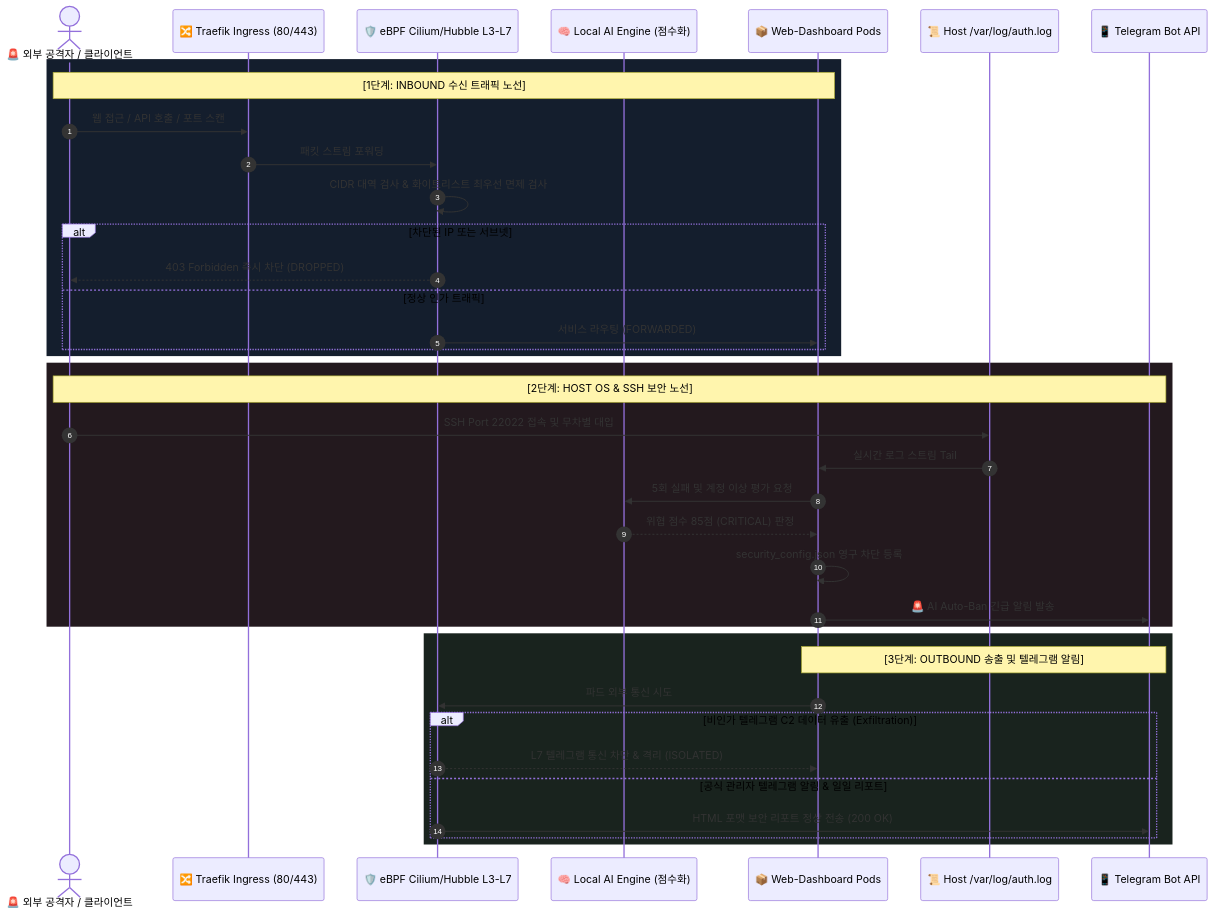
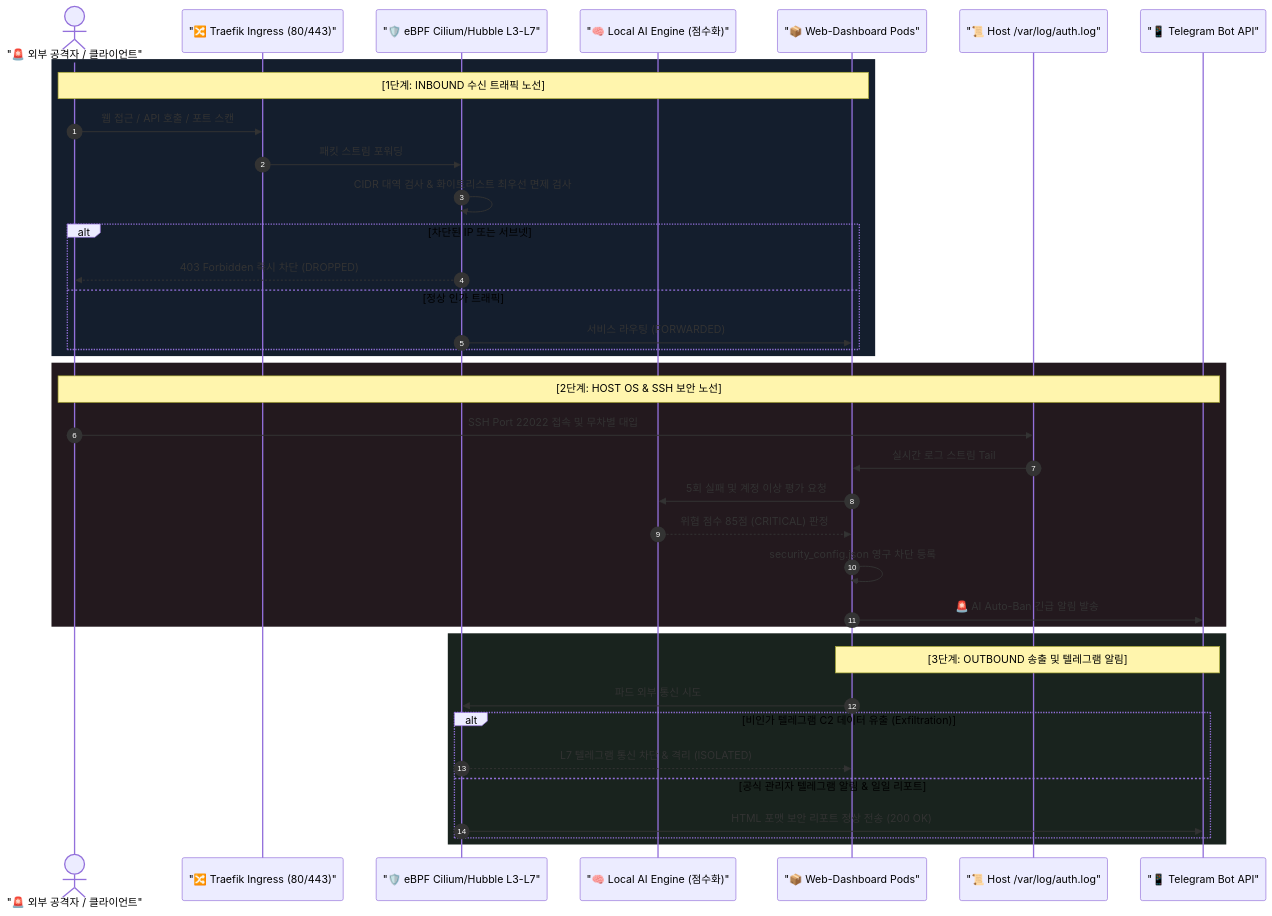
One commit to ttlojs-john/Technical-Notes changed the first of 2 diagrams in content/Edge_AI/[최종 완료 보고서] eBPF 실리움(Cilium) & 허블(Hubble) + 로컬 AI 지능형 침입 차단 시스템 및 텔레그램 관제 구축.md. Above: the diagram before and after it, drawn with Mermaid. The commit also changed other lines of this file and 112 other files, not shown here.

Commit message:
fix(mermaid): fix Mermaid v11.4.0 syntax errors in eBPF report and sync updated content docs

````diff
--- a/content/Edge_AI/[최종 완료 보고서] eBPF 실리움(Cilium) & 허블(Hubble) + 로컬 AI 지능형 침입 차단 시스템 및 텔레그램 관제 구축.md
+++ b/content/Edge_AI/[최종 완료 보고서] eBPF 실리움(Cilium) & 허블(Hubble) + 로컬 AI 지능형 침입 차단 시스템 및 텔레그램 관제 구축.md
@@ -42,43 +42,44 @@
 ```mermaid
+
 sequenceDiagram
     autonumber
-    actor Attacker as 🚨 외부 공격자 / 클라이언트
-    participant Ingress as 🔀 Traefik Ingress (80/443)
-    participant eBPF as 🛡️ eBPF Cilium/Hubble L3-L7
-    participant AI as 🧠 Local AI Engine (점수화)
-    participant WebDash as 📦 Web-Dashboard Pods
-    participant AuthLog as 📜 Host /var/log/auth.log
-    participant Telegram as 📱 Telegram Bot API
+    actor Attacker as "🚨 외부 공격자 / 클라이언트"
+    participant Ingress as "🔀 Traefik Ingress (80/443)"
+    participant eBPF as "🛡️ eBPF Cilium/Hubble L3-L7"
+    participant AI as "🧠 Local AI Engine (점수화)"
+    participant WebDash as "📦 Web-Dashboard Pods"
+    participant AuthLog as "📜 Host /var/log/auth.log"
+    participant Telegram as "📱 Telegram Bot API"
 
     rect rgb(20, 30, 45)
         Note over Attacker, WebDash: [1단계: INBOUND 수신 트래픽 노선]
         Attacker->>Ingress: 웹 접근 / API 호출 / 포트 스캔
         Ingress->>eBPF: 패킷 스트림 포워딩
         eBPF->>eBPF: CIDR 대역 검사 & 화이트리스트 최우선 면제 검사
         alt 차단된 IP 또는 서브넷
             eBPF-->>Attacker: 403 Forbidden 즉시 차단 (DROPPED)
         else 정상 인가 트래픽
             eBPF->>WebDash: 서비스 라우팅 (FORWARDED)
         end
     end
 
     rect rgb(35, 25, 30)
         Note over Attacker, Telegram: [2단계: HOST OS & SSH 보안 노선]
         Attacker->>AuthLog: SSH Port 22022 접속 및 무차별 대입
         AuthLog->>WebDash: 실시간 로그 스트림 Tail
         WebDash->>AI: 5회 실패 및 계정 이상 평가 요청
         AI-->>WebDash: 위협 점수 85점 (CRITICAL) 판정
         WebDash->>WebDash: security_config.json 영구 차단 등록
         WebDash->>Telegram: 🚨 AI Auto-Ban 긴급 알림 발송
     end
 
     rect rgb(25, 35, 30)
         Note over WebDash, Telegram: [3단계: OUTBOUND 송출 및 텔레그램 알림]
         WebDash->>eBPF: 파드 외부 통신 시도
         alt 비인가 텔레그램 C2 데이터 유출 (Exfiltration)
             eBPF-->>WebDash: L7 텔레그램 통신 차단 & 격리 (ISOLATED)
         else 공식 관리자 텔레그램 알림 & 일일 리포트
             eBPF->>Telegram: HTML 포맷 보안 리포트 정상 전송 (200 OK)
         end
     end
 ```
````
